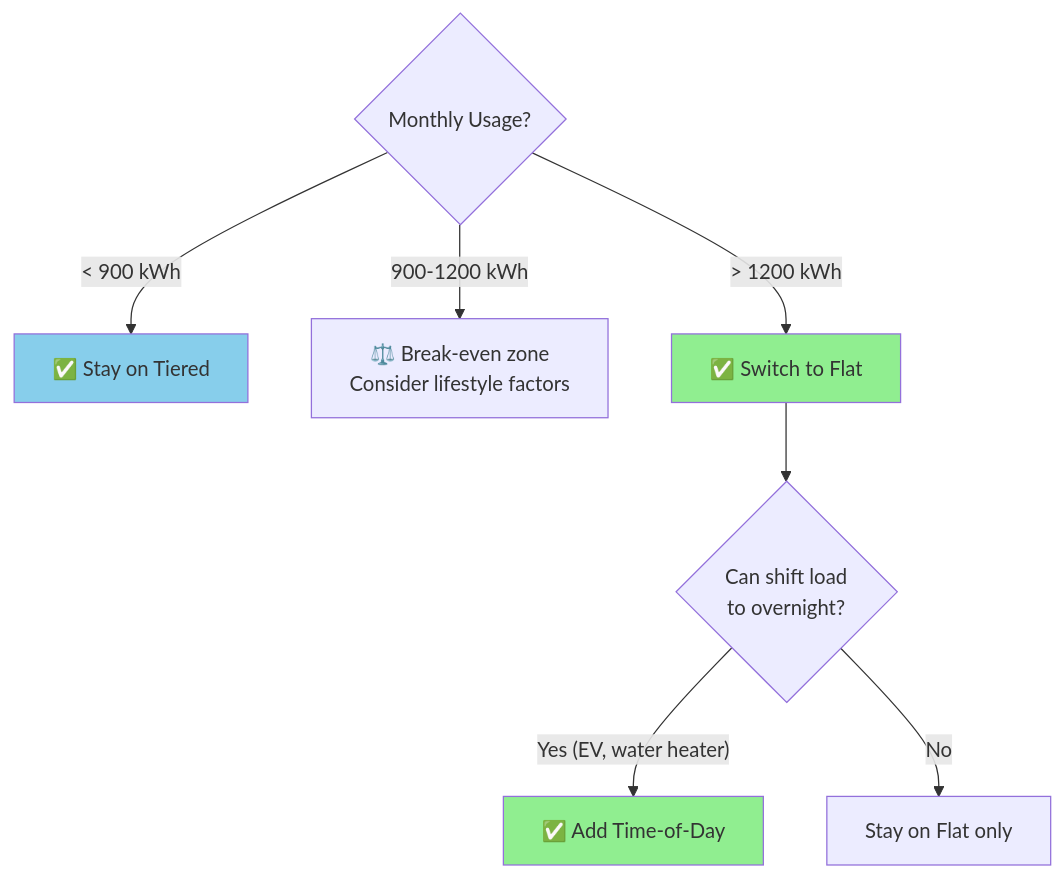
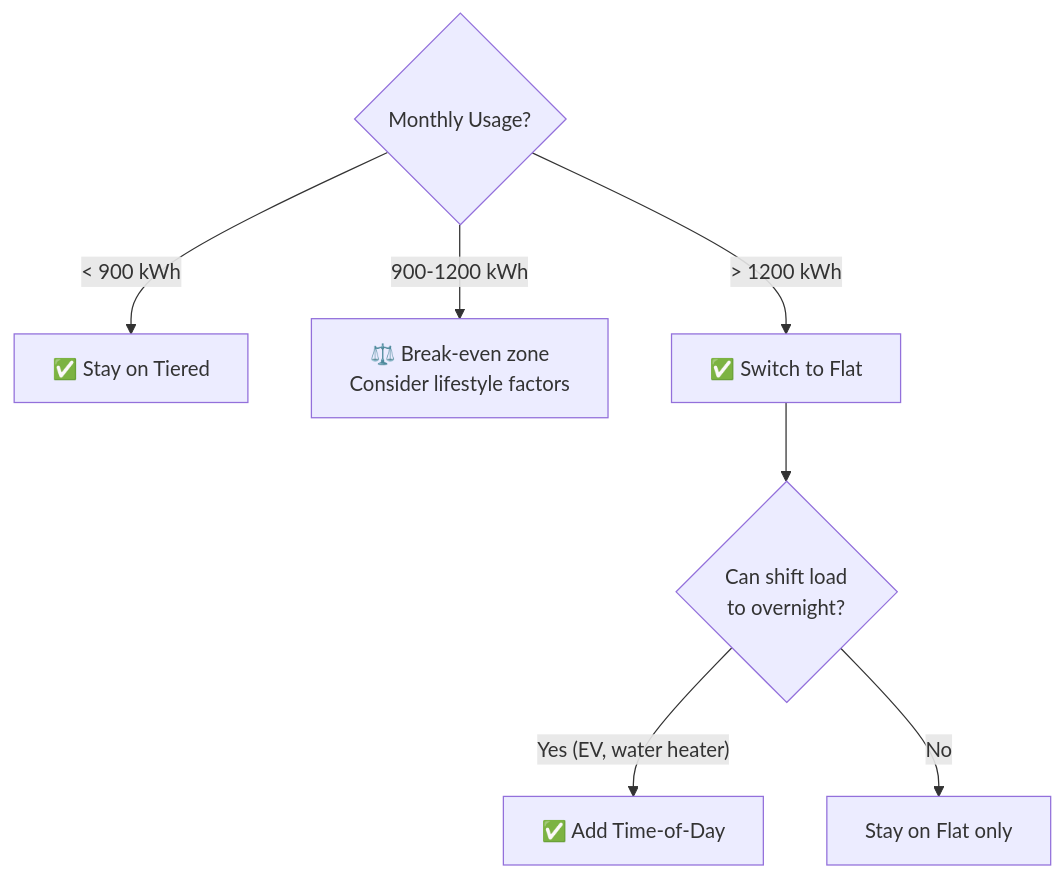
Before and after one commit to murr2k/linknode-com: diagram 12 of 14 in docs/BC_HYDRO_RATE_ANALYSIS.md, drawn with Mermaid. The commit also changed other lines of this file and 1 other file, not shown here.

Commit message:
docs: make Mermaid diagrams theme-adaptive
Remove hardcoded light fill/stroke overrides from the architecture,
deployment, and rate-analysis diagrams. Without fixed fills, the
renderer's theme drives node colors, so text stays legible in both
light and dark mode (the overrides forced light fills while letting
text follow the theme, producing light-on-light in dark mode).

All four affected diagrams validated via the Mermaid validator.

````diff
--- a/docs/BC_HYDRO_RATE_ANALYSIS.md
+++ b/docs/BC_HYDRO_RATE_ANALYSIS.md
@@ -473,15 +473,11 @@
 ```mermaid
 flowchart TD
     Q1{Monthly Usage?}
     Q1 -->|"< 900 kWh"| R1["✅ Stay on Tiered"]
     Q1 -->|"900-1200 kWh"| R2["⚖️ Break-even zone<br/>Consider lifestyle factors"]
     Q1 -->|"> 1200 kWh"| R3["✅ Switch to Flat"]
 
     R3 --> Q2{Can shift load<br/>to overnight?}
     Q2 -->|"Yes (EV, water heater)"| R4["✅ Add Time-of-Day"]
     Q2 -->|"No"| R5["Stay on Flat only"]
-
-    style R3 fill:#90EE90
-    style R4 fill:#90EE90
-    style R1 fill:#87CEEB
 ```
````
